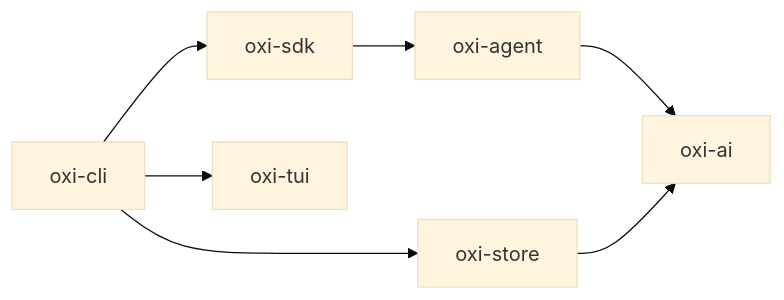
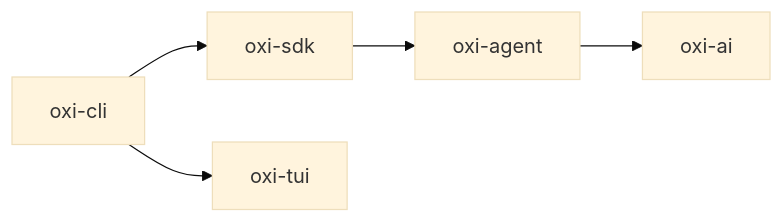
Before and after one commit to a7garden/oxi: the diagram in README.md, drawn with Mermaid (base theme). The commit also changed other lines of this file and 1 other file, not shown here.

````diff
--- a/README.md
+++ b/README.md
@@ -78,9 +78,7 @@
 ```mermaid
 graph LR
     A[oxi-cli] --> B[oxi-sdk]
     A --> C[oxi-tui]
-    A --> D[oxi-store]
     B --> E[oxi-agent]
     E --> F[oxi-ai]
-    D --> F
 ```
````
